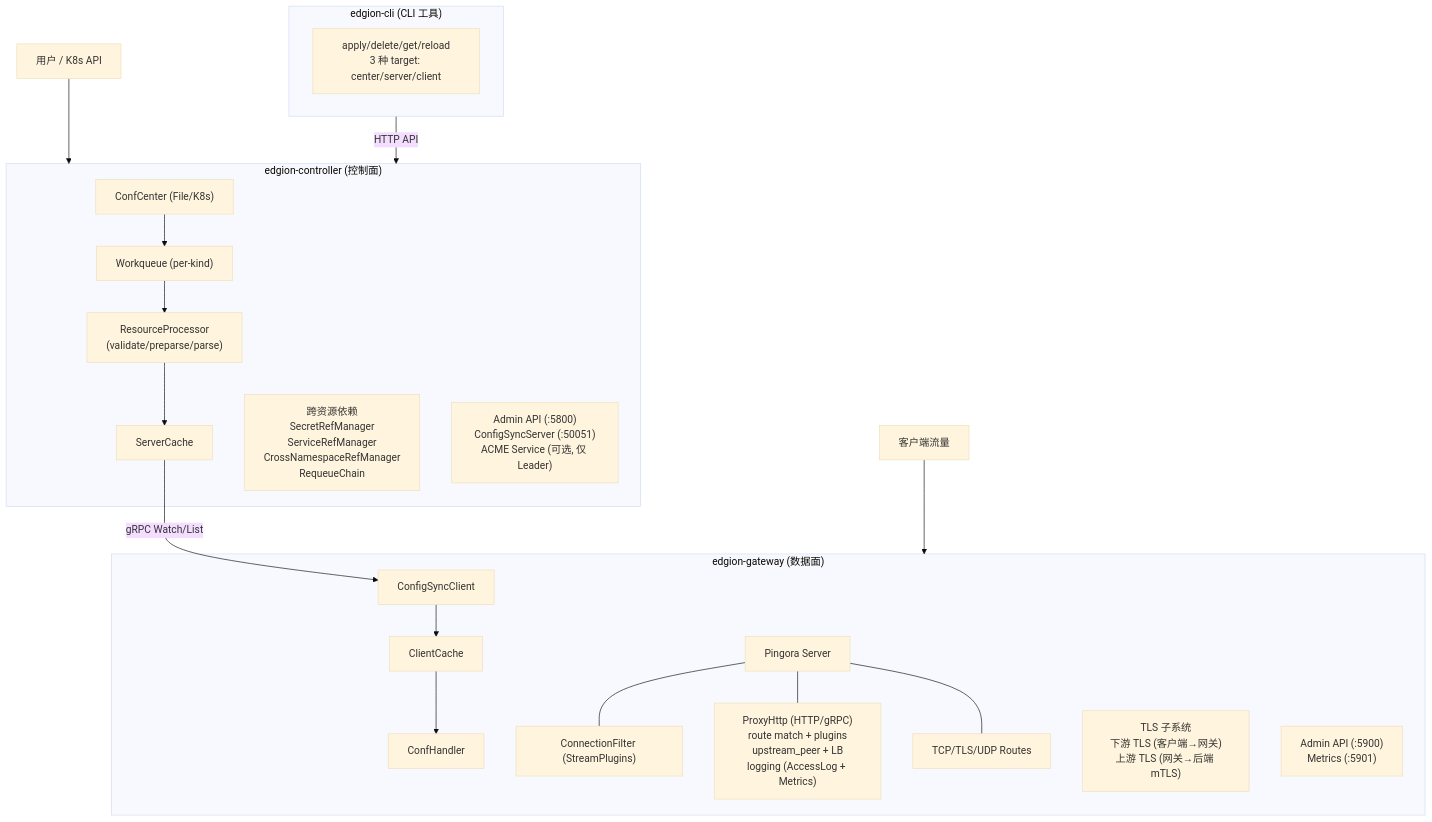
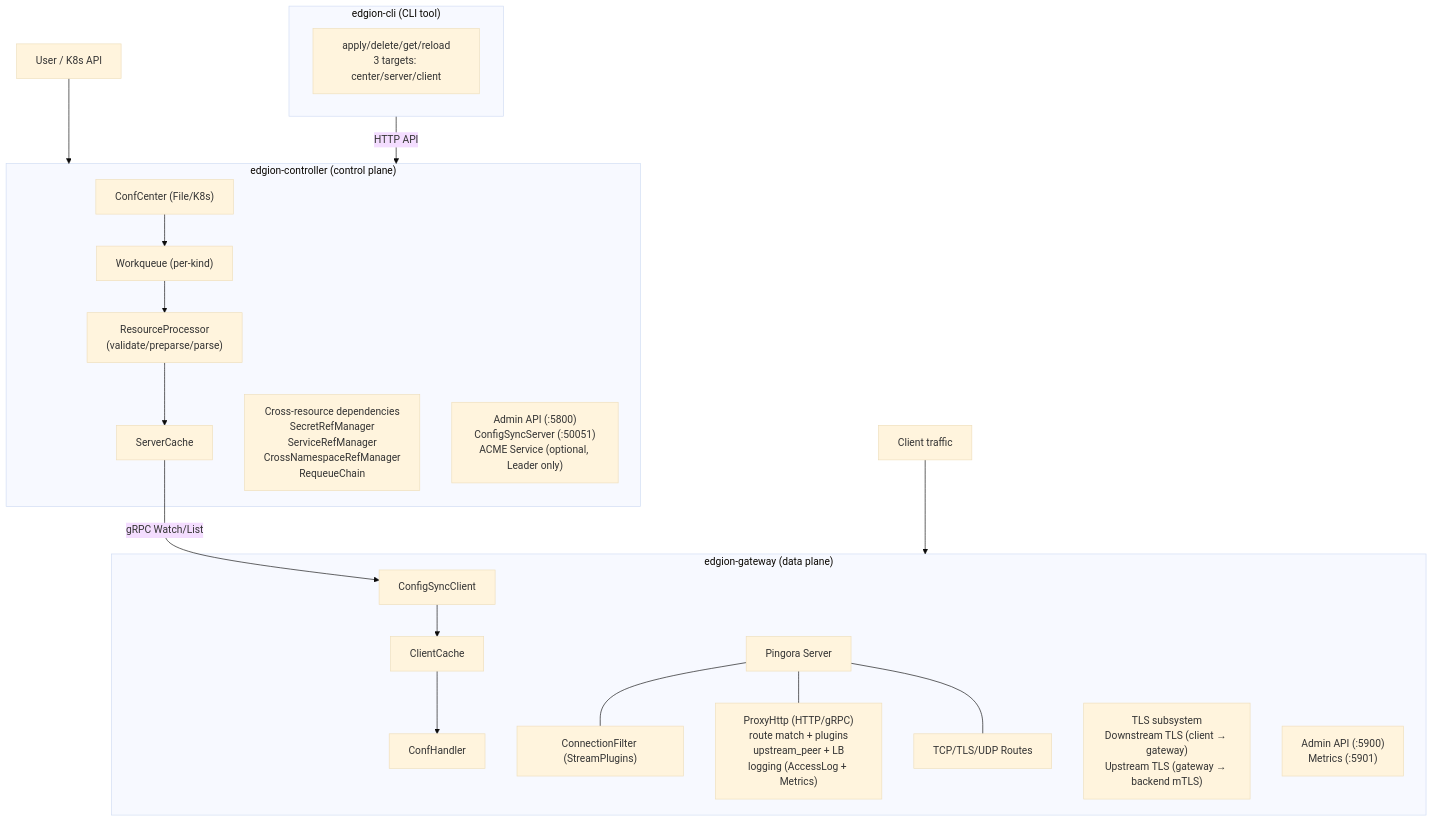
One commit to Pandaala/Edgion changed the diagram in skills/01-architecture/SKILL.md. Above: the diagram before and after it, drawn with Mermaid (base theme). The commit also changed other lines of this file and 242 other files, not shown here.

````diff
--- a/skills/01-architecture/SKILL.md
+++ b/skills/01-architecture/SKILL.md
@@ -14,34 +14,34 @@
 ```mermaid
 flowchart TD
-    User["用户 / K8s API"] --> Controller
-    Traffic["客户端流量"] --> Gateway
+    User["User / K8s API"] --> Controller
+    Traffic["Client traffic"] --> Gateway
 
-    subgraph Controller["edgion-controller (控制面)"]
+    subgraph Controller["edgion-controller (control plane)"]
         CC["ConfCenter (File/K8s)"] --> WQ["Workqueue (per-kind)"]
         WQ --> RP["ResourceProcessor\n(validate/preparse/parse)"]
         RP --> SC["ServerCache"]
-        CrossRef["跨资源依赖\nSecretRefManager\nServiceRefManager\nCrossNamespaceRefManager\nRequeueChain"]
-        CtrlServices["Admin API (:5800)\nConfigSyncServer (:50051)\nACME Service (可选, 仅 Leader)"]
+        CrossRef["Cross-resource dependencies\nSecretRefManager\nServiceRefManager\nCrossNamespaceRefManager\nRequeueChain"]
+        CtrlServices["Admin API (:5800)\nConfigSyncServer (:50051)\nACME Service (optional, Leader only)"]
     end
 
     SC -- "gRPC Watch/List" --> SyncClient
 
-    subgraph Gateway["edgion-gateway (数据面)"]
+    subgraph Gateway["edgion-gateway (data plane)"]
         SyncClient["ConfigSyncClient"] --> ClientCache["ClientCache"] --> ConfHandler["ConfHandler"]
         PingoraServer["Pingora Server"]
         ConnFilter["ConnectionFilter (StreamPlugins)"]
         ProxyHttp["ProxyHttp (HTTP/gRPC)\nroute match + plugins\nupstream_peer + LB\nlogging (AccessLog + Metrics)"]
         StreamRoutes["TCP/TLS/UDP Routes"]
         PingoraServer --- ConnFilter
         PingoraServer --- ProxyHttp
         PingoraServer --- StreamRoutes
-        TLS["TLS 子系统\n下游 TLS (客户端→网关)\n上游 TLS (网关→后端 mTLS)"]
+        TLS["TLS subsystem\nDownstream TLS (client → gateway)\nUpstream TLS (gateway → backend mTLS)"]
         GwServices["Admin API (:5900)\nMetrics (:5901)"]
     end
 
-    subgraph CLI["edgion-cli (CLI 工具)"]
-        CliOps["apply/delete/get/reload\n3 种 target: center/server/client"]
+    subgraph CLI["edgion-cli (CLI tool)"]
+        CliOps["apply/delete/get/reload\n3 targets: center/server/client"]
     end
 
     CLI -- "HTTP API" --> Controller
 ```
````
